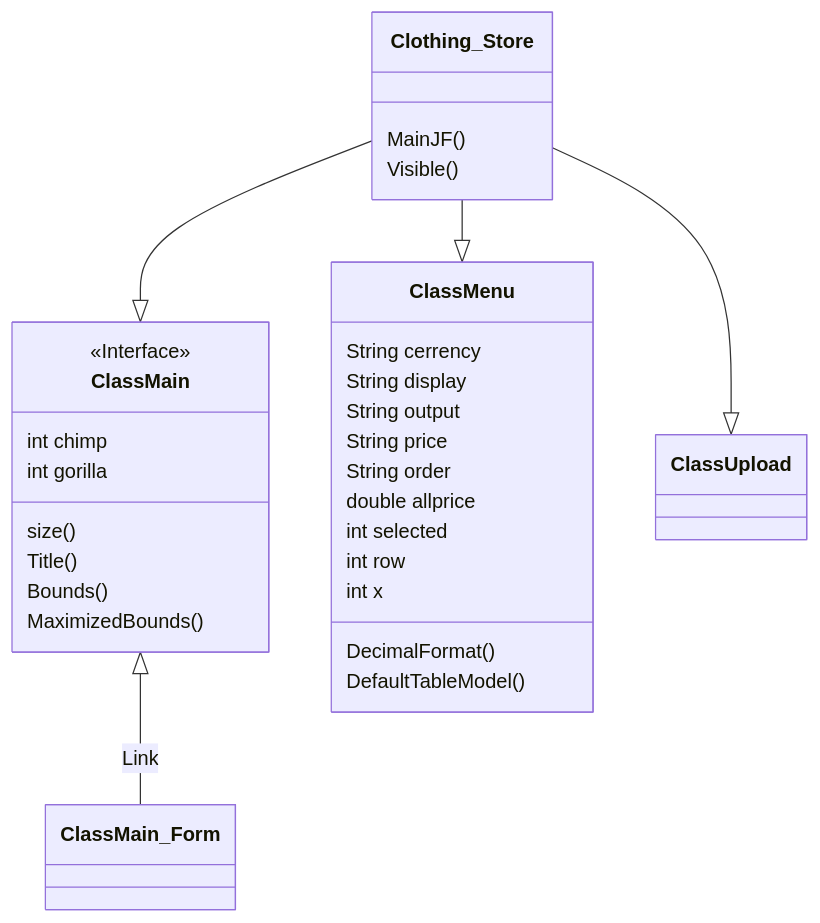
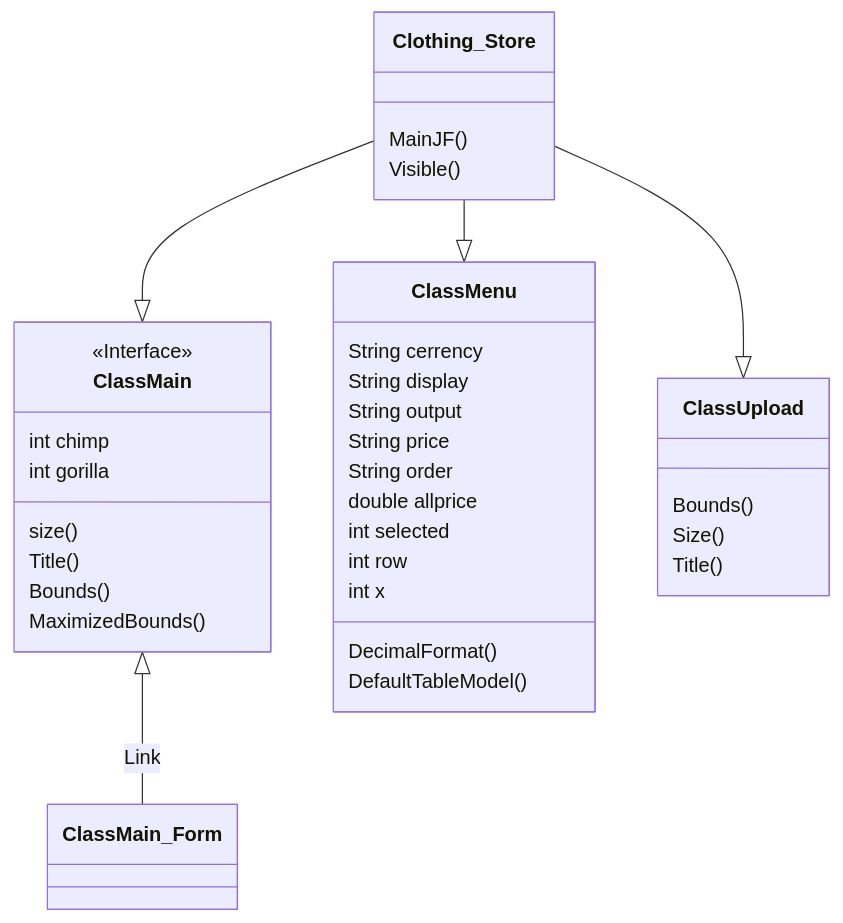
One commit to kawin101/Java_GUI_CRUD_CSV changed the third of 3 diagrams in README.md. Above: the diagram before and after it, drawn with Mermaid.

````diff
--- a/README.md
+++ b/README.md
@@ -33,28 +33,31 @@
 ```mermaid
 classDiagram
 ClassMain <|-- ClassMain_Form : Link
 <<Interface>> ClassMain
 Clothing_Store --|> ClassMain
 Clothing_Store --|> ClassMenu
 Clothing_Store --|> ClassUpload
 Clothing_Store : MainJF()
 Clothing_Store : Visible()
 ClassMain : size()
 ClassMain : Title()
 ClassMain : Bounds()
 ClassMain : MaximizedBounds()
 ClassMain : int chimp
 ClassMain : int gorilla
 ClassMenu : String cerrency
 ClassMenu : String display
 ClassMenu : String output
 ClassMenu : String price
 ClassMenu : String order
 ClassMenu : DecimalFormat()
 ClassMenu : double allprice
 ClassMenu : int selected
 ClassMenu : int row
 ClassMenu : int x
 ClassMenu : DefaultTableModel()
+ClassUpload : Bounds()
+ClassUpload : Size()
+ClassUpload : Title()
 
 ```
````
